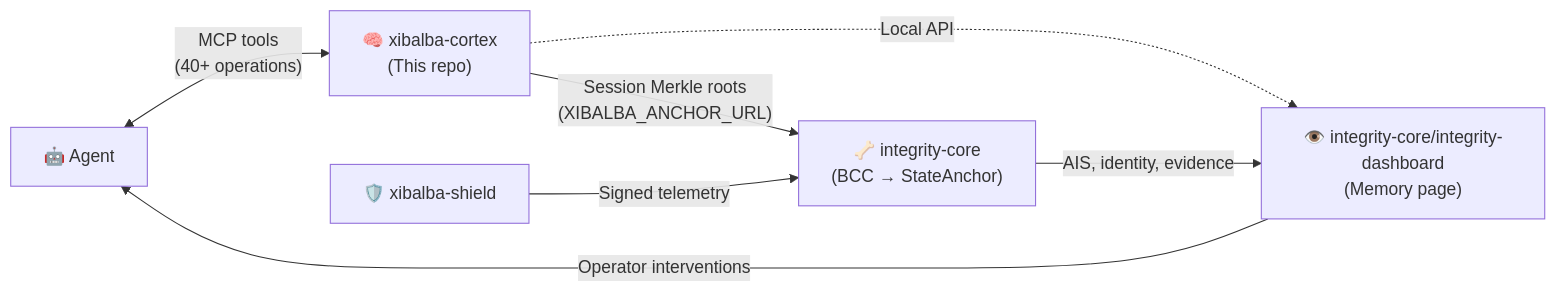
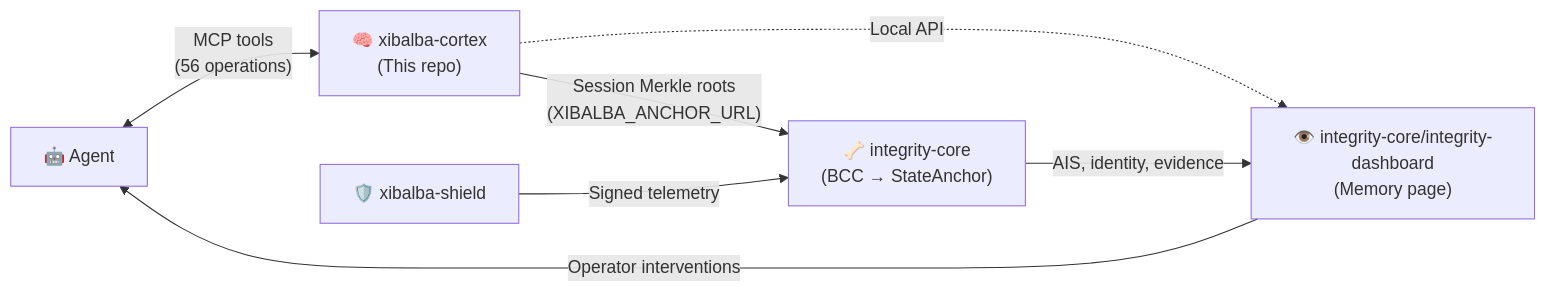
The second of 2 diagrams in README.md (XibalbaTechSol/xibalba-cortex), drawn with Mermaid before and after one commit. The commit also changed other lines of this file and 2 other files, not shown here.

````diff
--- a/README.md
+++ b/README.md
@@ -56,9 +241,9 @@
 ```mermaid
 flowchart LR
-    Agent["🤖 Agent"] <-->|"MCP tools<br/>(40+ operations)"| Brain["🧠 xibalba-cortex<br/>(This repo)"]
+    Agent["🤖 Agent"] <-->|"MCP tools<br/>(56 operations)"| Brain["🧠 xibalba-cortex<br/>(This repo)"]
     Brain -->|"Session Merkle roots<br/>(XIBALBA_ANCHOR_URL)"| Backbone["🦴 integrity-core<br/>(BCC → StateAnchor)"]
     Brain -.->|"Local API"| Eyes["👁️ integrity-core/integrity-dashboard<br/>(Memory page)"]
     Immune["🛡️ xibalba-shield"] -->|"Signed telemetry"| Backbone
     Backbone -->|"AIS, identity, evidence"| Eyes
     Eyes -->|"Operator interventions"| Agent
 ```
````
